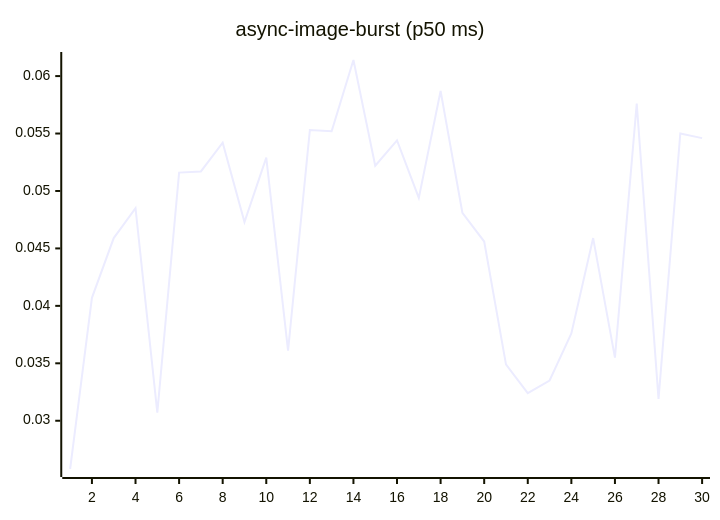
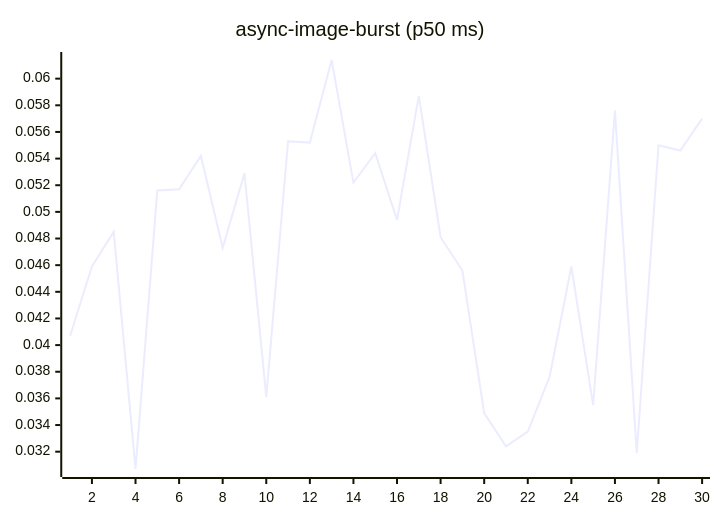
One commit to josha/Facet changed the fourth of 27 diagrams in README.md. Above: the diagram before and after it, drawn with Mermaid. The commit also changed other lines of this file and 2 other files, not shown here.

````diff
--- a/README.md
+++ b/README.md
@@ -84,6 +84,6 @@
 ```mermaid
 xychart-beta
     title "async-image-burst (p50 ms)"
     x-axis 1 --> 30
-    line [0.0258, 0.0407, 0.0459, 0.0485, 0.0307, 0.0516, 0.0517, 0.0542, 0.0473, 0.0529, 0.0361, 0.0553, 0.0552, 0.0614, 0.0522, 0.0544, 0.0494, 0.0587, 0.0481, 0.0456, 0.0349, 0.0324, 0.0335, 0.0376, 0.0459, 0.0355, 0.0576, 0.0319, 0.0550, 0.0546]
+    line [0.0407, 0.0459, 0.0485, 0.0307, 0.0516, 0.0517, 0.0542, 0.0473, 0.0529, 0.0361, 0.0553, 0.0552, 0.0614, 0.0522, 0.0544, 0.0494, 0.0587, 0.0481, 0.0456, 0.0349, 0.0324, 0.0335, 0.0376, 0.0459, 0.0355, 0.0576, 0.0319, 0.0550, 0.0546, 0.0570]
 ```
````
